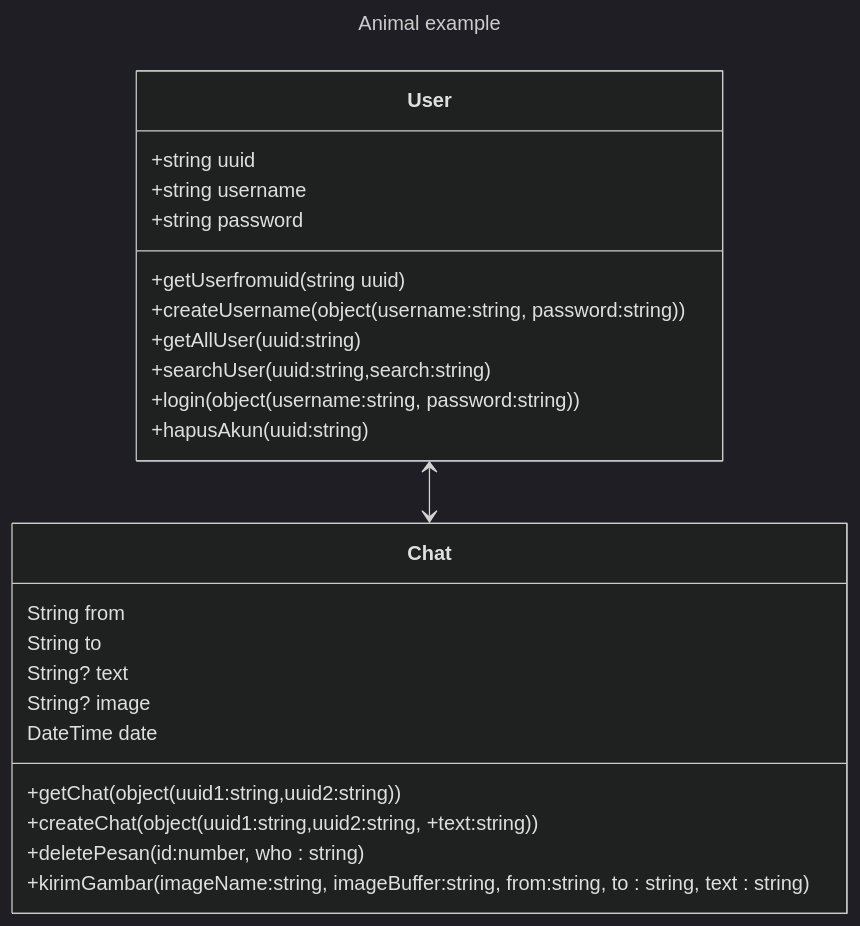
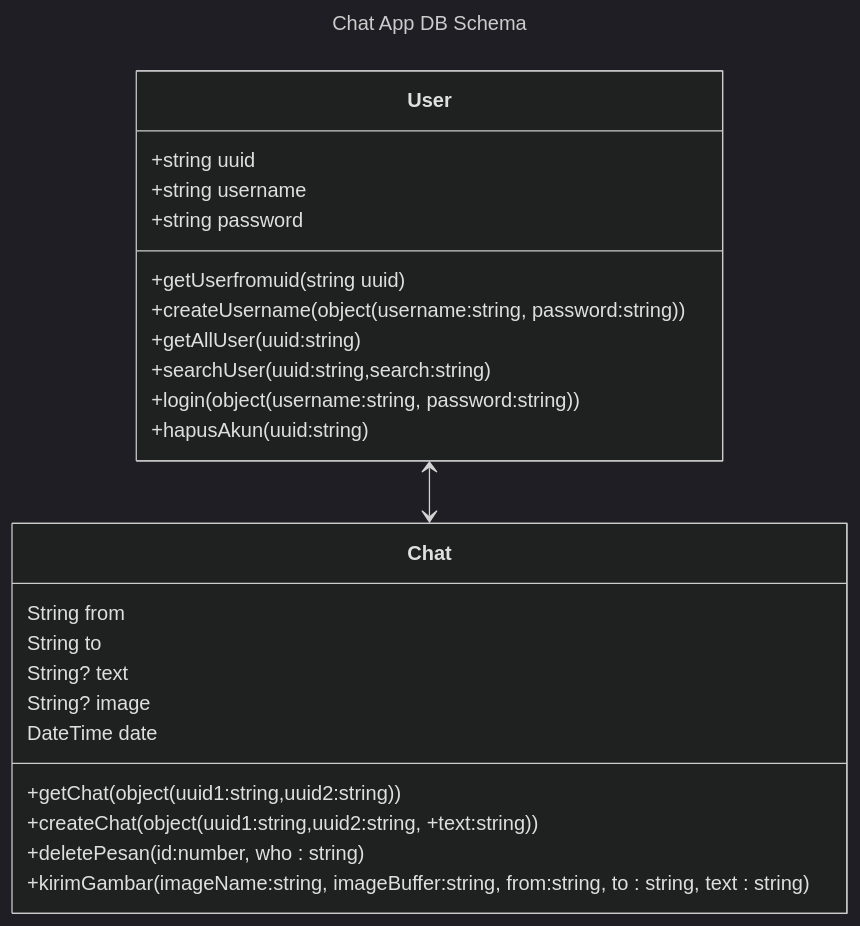
Before and after one commit to Frasydi/chat-App-With-tRPC: diagram 13 of 13 in Readme.md, drawn with Mermaid (dark theme).

````diff
--- a/Readme.md
+++ b/Readme.md
@@ -394,31 +394,31 @@
 ```mermaid
 ---
-title: Animal example
+title: Chat App DB Schema
 ---
 classDiagram
   class User {
     +string uuid
     +string username 
     +string password
     +getUserfromuid(string uuid) 
     +createUsername(object(username:string, password:string))
     +getAllUser(uuid:string)
     +searchUser(uuid:string,search:string)
     +login(object(username:string, password:string))
     +hapusAkun(uuid:string)
 
   }
   class Chat {
     String from 
     String to     
     String? text 
     String? image  
     DateTime date  
     +getChat(object(uuid1:string,uuid2:string))
     +createChat(object(uuid1:string,uuid2:string, +text:string))
     +deletePesan(id:number, who : string)
     +kirimGambar(imageName:string, imageBuffer:string, from:string, to : string, text : string)
   }
 
   User <--> Chat
 ```
````
